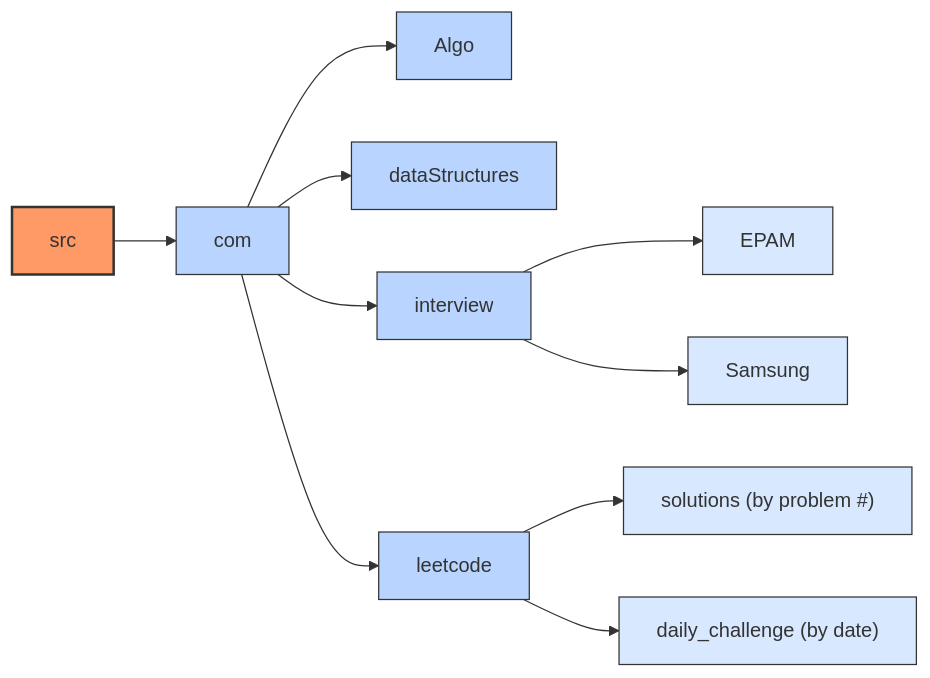
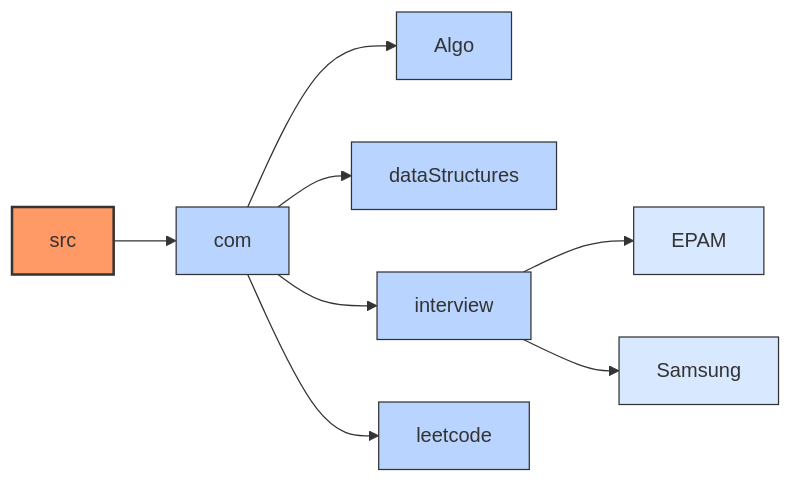
One commit to saurabh111121/dsa changed the diagram in README.md. Above: the diagram before and after it, drawn with Mermaid. The commit also changed other lines of this file and 7 other files, not shown here.

````diff
--- a/README.md
+++ b/README.md
@@ -41,21 +46,19 @@
 ```mermaid
 flowchart LR
     src --> com
     com --> Algo
     com --> dataStructures
     com --> interview
     com --> leetcode
     interview --> EPAM
     interview --> Samsung
-    leetcode --> solutions["solutions (by problem #)"]
-    leetcode --> daily["daily_challenge (by date)"]
     
     %% Styling
     classDef rootNode fill:#f96,stroke:#333,stroke-width:2px;
     classDef folderNode fill:#b8d4ff,stroke:#333,stroke-width:1px;
     classDef subfolderNode fill:#d8e8ff,stroke:#333,stroke-width:1px;
     
     class src rootNode;
     class com,Algo,dataStructures,interview,leetcode folderNode;
-    class EPAM,Samsung,solutions,daily subfolderNode;
+    class EPAM,Samsung subfolderNode;
 ```
````
